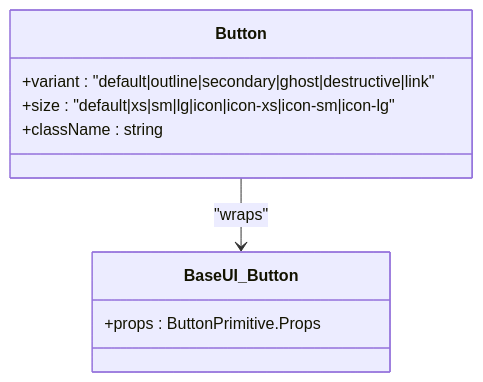
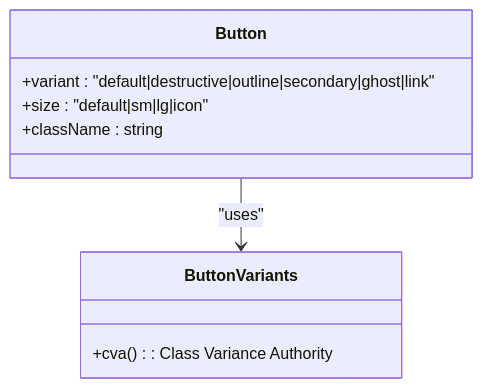
One commit to MudassarAbrar/FreshRoute-Ai changed the third of 5 diagrams in .qoder/repowiki/en/content/Core Components/Shadcn UI Component Library.md. Above: the diagram before and after it, drawn with Mermaid. The commit also changed other lines of this file and 10 other files, not shown here.

````diff
--- a/.qoder/repowiki/en/content/Core Components/Shadcn UI Component Library.md
+++ b/.qoder/repowiki/en/content/Core Components/Shadcn UI Component Library.md
@@ -150,12 +139,12 @@
 ```mermaid
 classDiagram
 class Button {
-+variant : "default|outline|secondary|ghost|destructive|link"
-+size : "default|xs|sm|lg|icon|icon-xs|icon-sm|icon-lg"
++variant : "default|destructive|outline|secondary|ghost|link"
++size : "default|sm|lg|icon"
 +className : string
 }
-class BaseUI_Button {
-+props : ButtonPrimitive.Props
+class ButtonVariants {
++cva() : Class Variance Authority
 }
-Button --> BaseUI_Button : "wraps"
+Button --> ButtonVariants : "uses"
 ```
````
